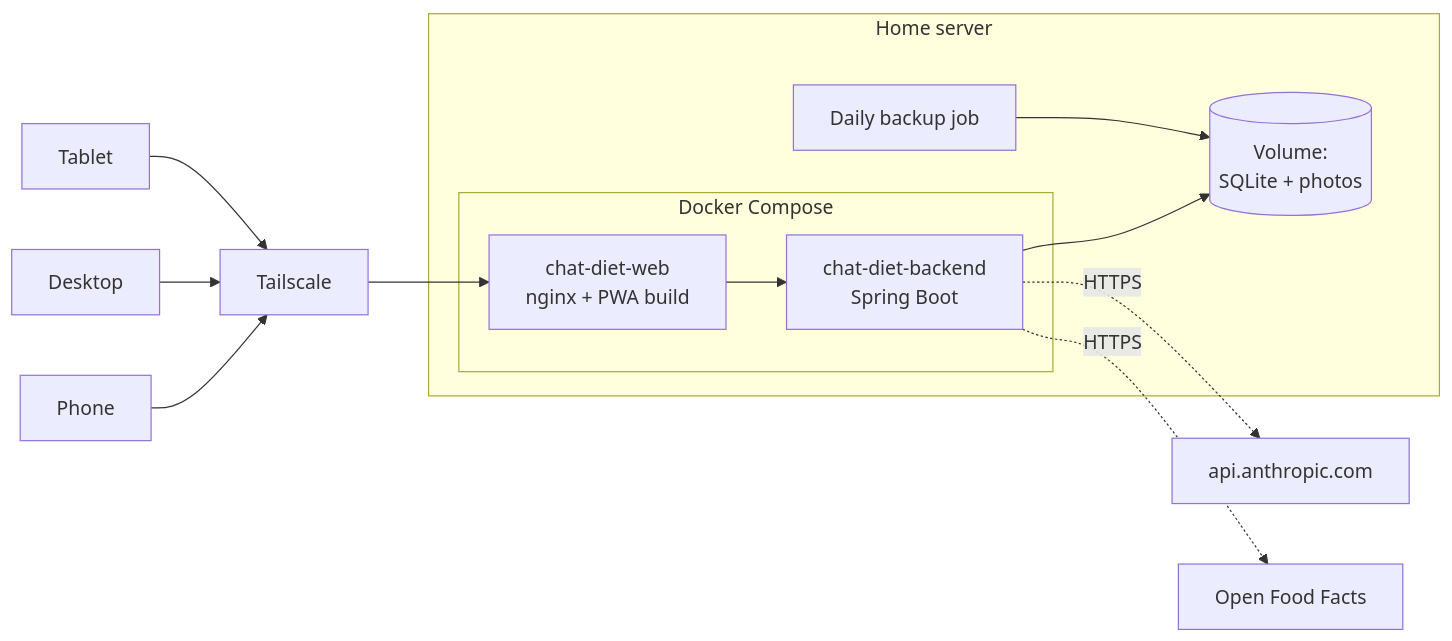
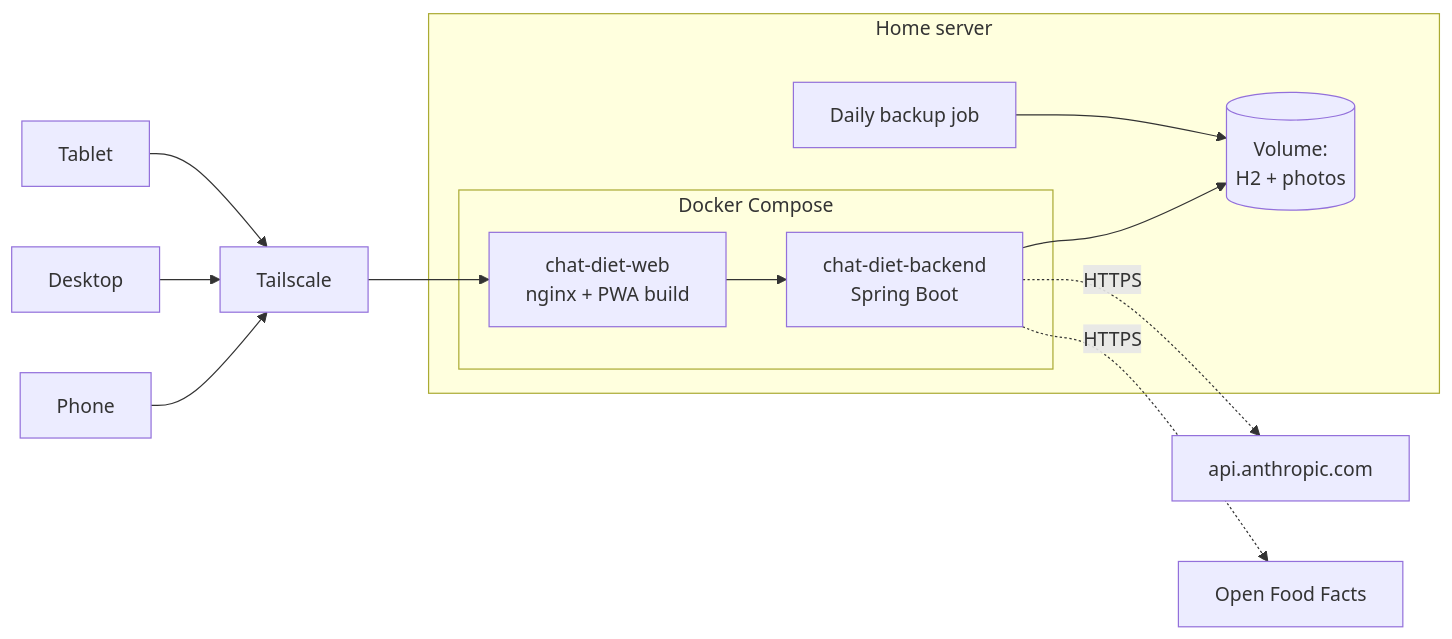
One commit to rodmxw11/chat-diet-open changed the sixth of 6 diagrams in SPEC.md. Above: the diagram before and after it, drawn with Mermaid. The commit also changed other lines of this file and 18 other files, not shown here.

````diff
--- a/SPEC.md
+++ b/SPEC.md
@@ -769,22 +770,22 @@
 ```mermaid
 graph LR
     subgraph Home["Home server"]
         subgraph Compose["Docker Compose"]
             BE[chat-diet-backend<br/>Spring Boot]
             FE[chat-diet-web<br/>nginx + PWA build]
         end
-        VOL[(Volume:<br/>SQLite + photos)]
+        VOL[(Volume:<br/>H2 + photos)]
         BK[Daily backup job]
     end
 
     TS[Tailscale] --> FE
     FE --> BE
     BE --> VOL
     BK --> VOL
     BE -.HTTPS.-> ANT[api.anthropic.com]
     BE -.HTTPS.-> OFF[Open Food Facts]
 
     Phone[Phone] --> TS
     Desktop[Desktop] --> TS
     Tablet[Tablet] --> TS
 ```
````
